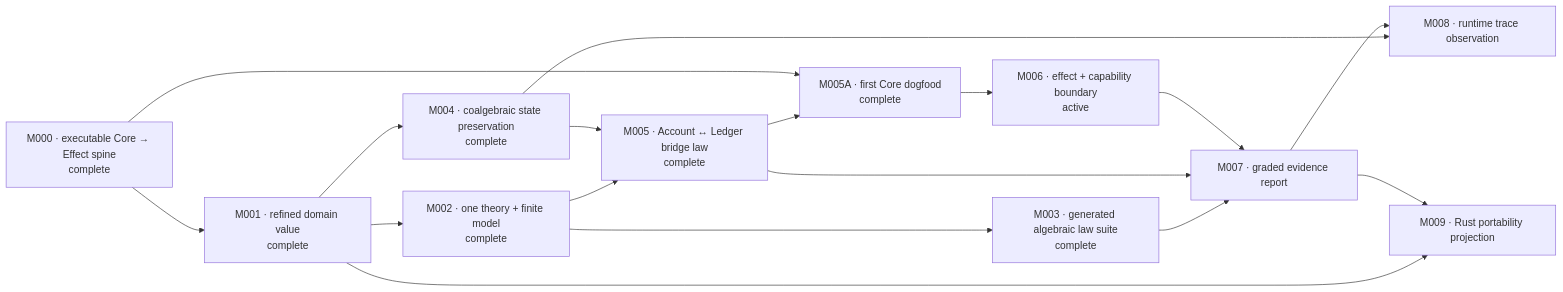
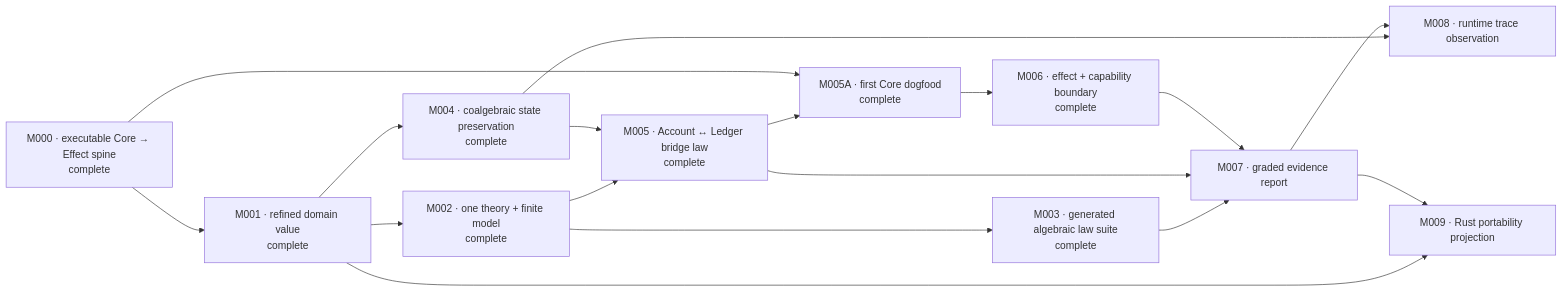
The first of 2 diagrams in CAPABILITIES.md (phibkro/bang-project), drawn with Mermaid before and after one commit. The commit also changed other lines of this file and 2 other files, not shown here.

Commit message:
docs(mission): record M006 evidence

````diff
--- a/CAPABILITIES.md
+++ b/CAPABILITIES.md
@@ -5,29 +5,29 @@
 ```mermaid
 flowchart LR
     M000["M000 · executable Core → Effect spine<br/>complete"]
     M001["M001 · refined domain value<br/>complete"]
     M002["M002 · one theory + finite model<br/>complete"]
     M003["M003 · generated algebraic law suite<br/>complete"]
     M004["M004 · coalgebraic state preservation<br/>complete"]
     M005["M005 · Account ↔ Ledger bridge law<br/>complete"]
     M005A["M005A · first Core dogfood<br/>complete"]
-    M006["M006 · effect + capability boundary<br/>active"]
+    M006["M006 · effect + capability boundary<br/>complete"]
     M007["M007 · graded evidence report"]
     M008["M008 · runtime trace observation"]
     M009["M009 · Rust portability projection"]
 
     M000 --> M001 --> M002 --> M003
     M001 --> M004
     M002 --> M005
     M004 --> M005
     M005 --> M005A
     M000 --> M005A
     M005A --> M006
     M003 --> M007
     M005 --> M007
     M006 --> M007
     M004 --> M008
     M007 --> M008
     M001 --> M009
     M007 --> M009
 ```
````
